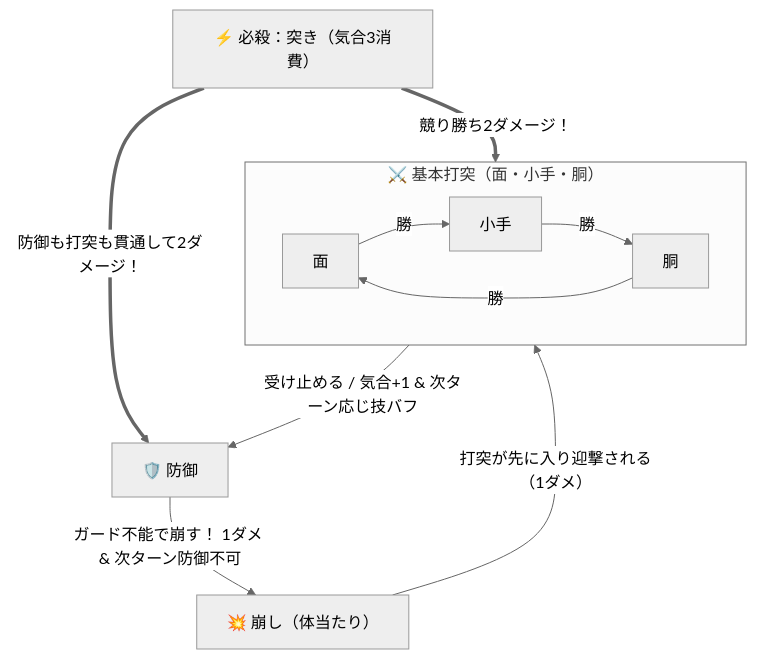
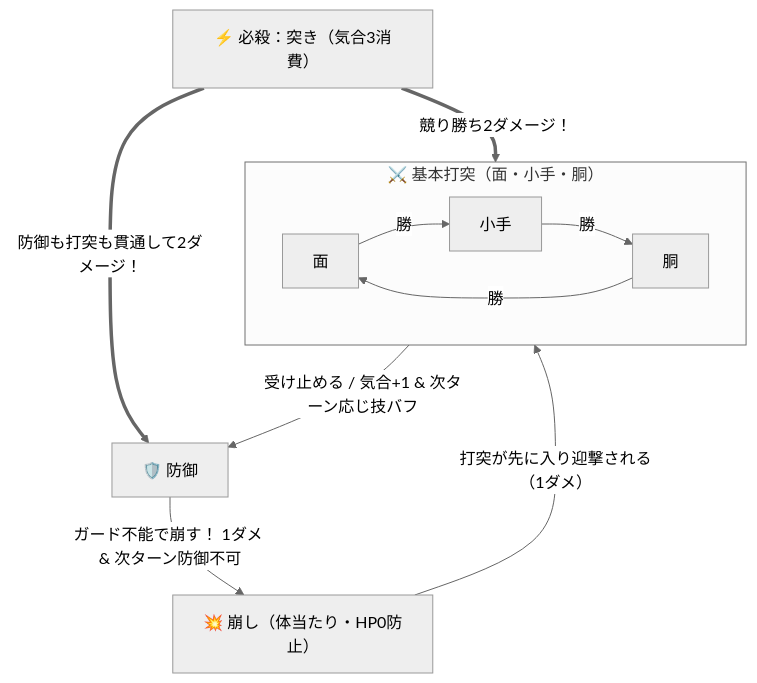
The diagram in README.md (rinevo/Kendo), drawn with Mermaid (neutral theme) before and after one commit. The commit also changed other lines of this file and 7 other files, not shown here.

````diff
--- a/README.md
+++ b/README.md
@@ -52,18 +115,18 @@
 ```mermaid
 flowchart TD
     subgraph 基本三すくみ["⚔️ 基本打突（面・小手・胴）"]
         Men["面"] -->|勝| Kote["小手"]
         Kote -->|勝| Do["胴"]
         Do -->|勝| Men
     end
 
     Defend["🛡️ 防御"]
-    Break["💥 崩し（体当たり）"]
+    Break["💥 崩し（体当たり・HP0防止）"]
     Tsuki["⚡ 必殺：突き（気合3消費）"]
 
     基本三すくみ -->|受け止める / 気合+1 & 次ターン応じ技バフ| Defend
     Defend -->|ガード不能で崩す！ 1ダメ & 次ターン防御不可| Break
     Break -->|打突が先に入り迎撃される（1ダメ）| 基本三すくみ
     Tsuki ==>|防御も打突も貫通して2ダメージ！| Defend
     Tsuki ==>|競り勝ち2ダメージ！| 基本三すくみ
 ```
````
